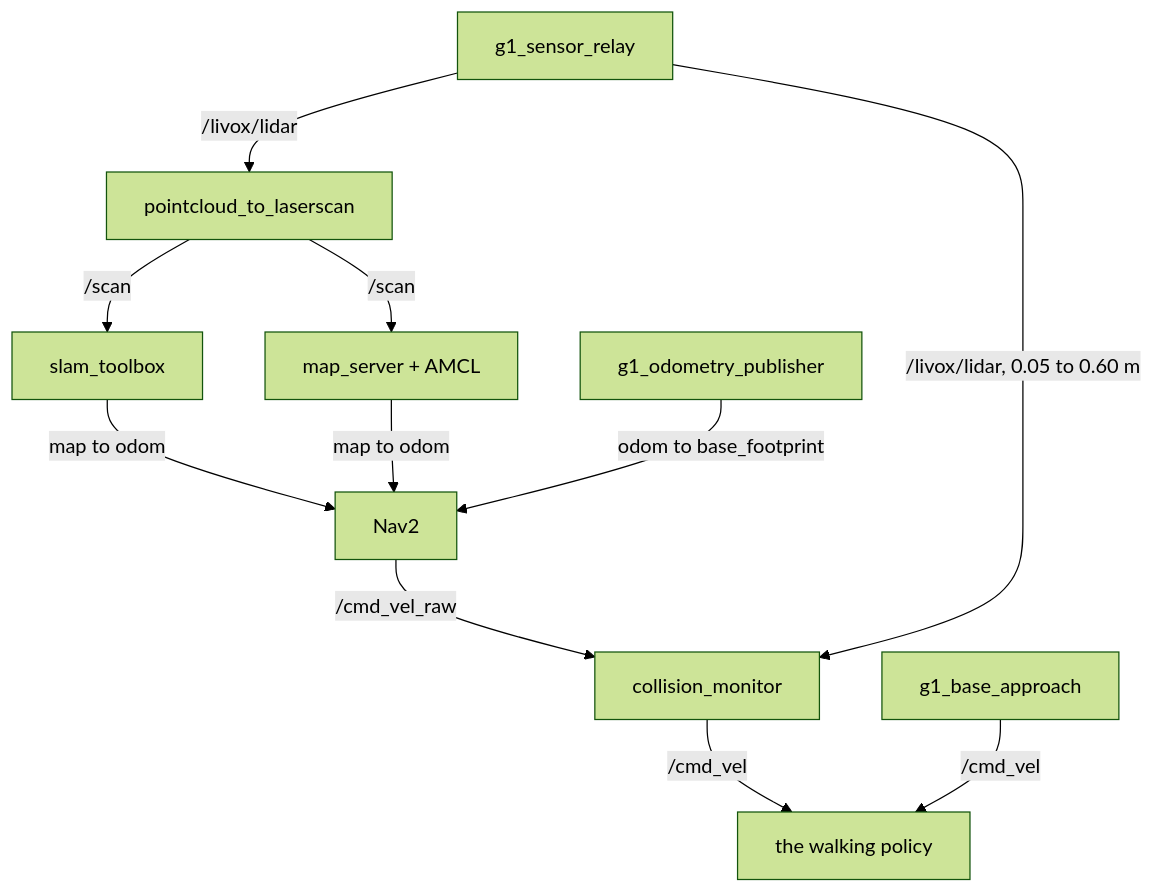
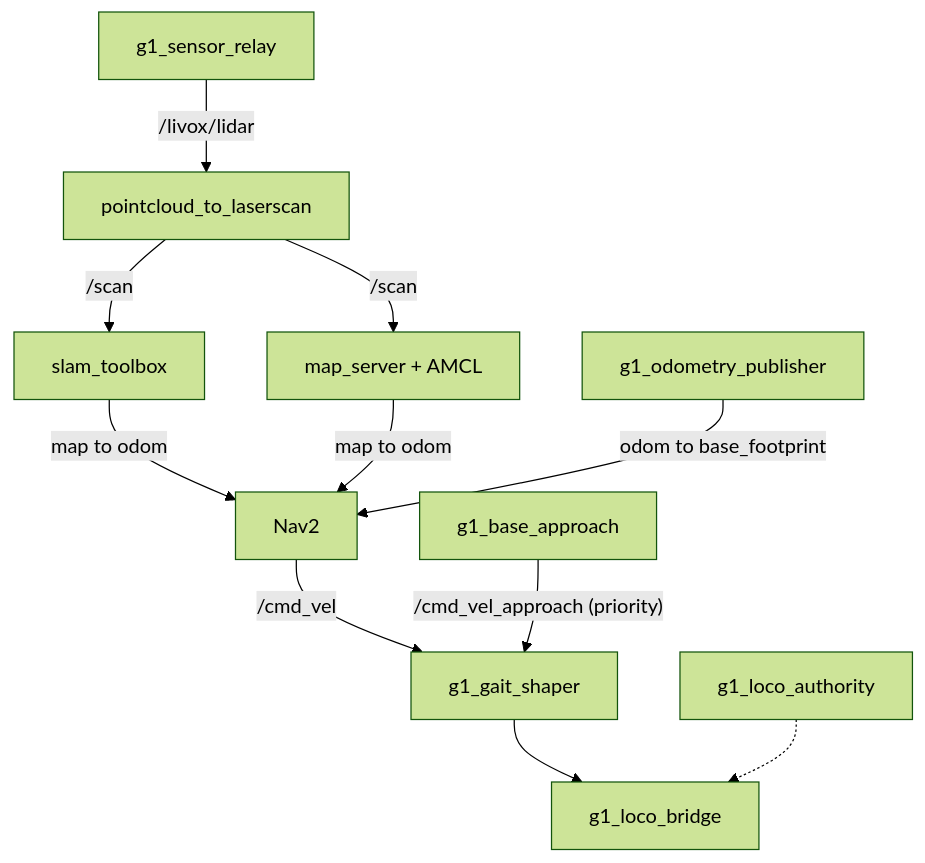
Before and after one commit to Mertsr/merts-g1-dex5: the diagram in workspace/src/g1_navigation/README.md, drawn with Mermaid (forest theme). The commit also changed other lines of this file and 694 other files, not shown here.

````diff
--- a/workspace/src/g1_navigation/README.md
+++ b/workspace/src/g1_navigation/README.md
@@ -7,13 +8,13 @@
 ```mermaid
 flowchart TB
     RELAY["g1_sensor_relay"] -- "/livox/lidar" --> SCAN["pointcloud_to_laserscan"]
     SCAN -- "/scan" --> SLAM["slam_toolbox"]
     SCAN -- "/scan" --> AMCL["map_server + AMCL"]
     SLAM -- "map to odom" --> NAV2
     AMCL -- "map to odom" --> NAV2
     ODOM["g1_odometry_publisher"] -- "odom to base_footprint" --> NAV2
-    NAV2["Nav2"] -- "/cmd_vel_raw" --> MON["collision_monitor"]
-    RELAY -- "/livox/lidar, 0.05 to 0.60 m" --> MON
-    MON -- "/cmd_vel" --> POL["the walking policy"]
-    APPR["g1_base_approach"] -- "/cmd_vel" --> POL
+    NAV2["Nav2"] -- "/cmd_vel" --> SHAPE["g1_gait_shaper"]
+    APPR["g1_base_approach"] -- "/cmd_vel_approach (priority)" --> SHAPE
+    SHAPE --> BRIDGE["g1_loco_bridge"]
+    AUTH["g1_loco_authority"] -.-> BRIDGE
 ```
````
